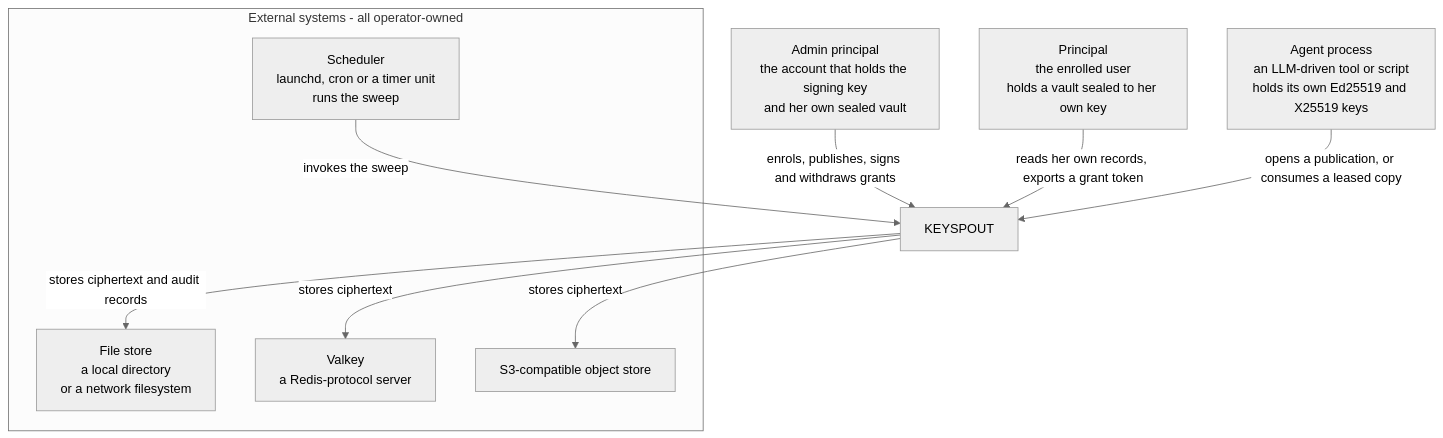
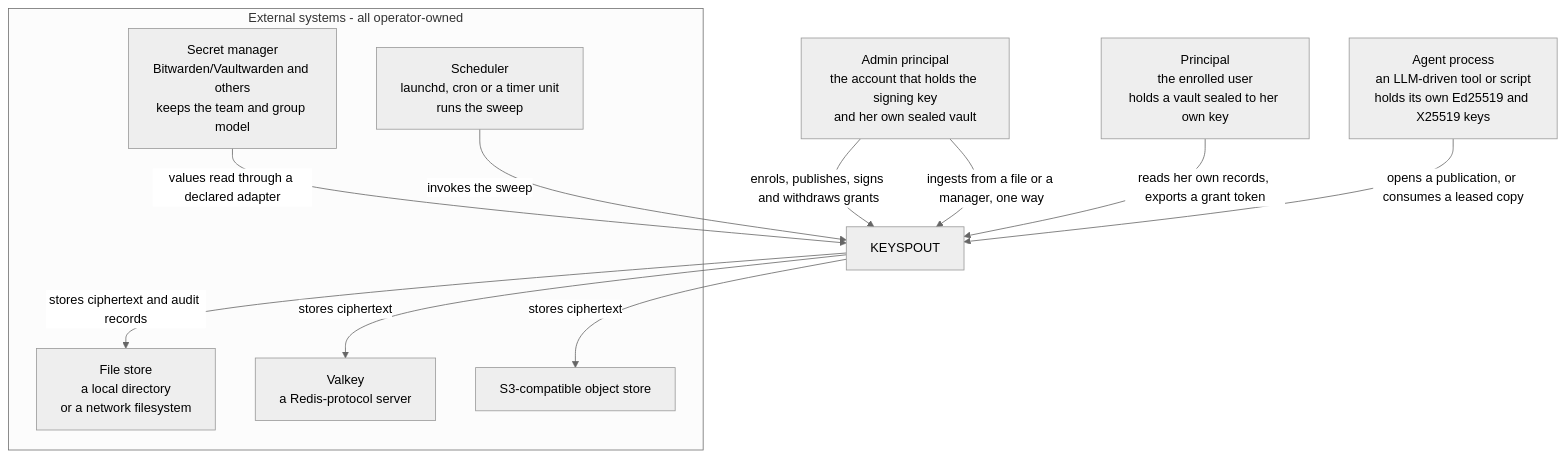
Before and after one commit to bruj0/keyspout: the first of 3 diagrams in site/docs/architecture/overview.md, drawn with Mermaid (neutral theme). The commit also changed other lines of this file and 68 other files, not shown here.

````diff
--- a/site/docs/architecture/overview.md
+++ b/site/docs/architecture/overview.md
@@ -18,22 +18,25 @@
 ```mermaid
 flowchart TD
   Admin["Admin principal<br/>the account that holds the signing key<br/>and her own sealed vault"]
   User["Principal<br/>the enrolled user<br/>holds a vault sealed to her own key"]
   Agent["Agent process<br/>an LLM-driven tool or script<br/>holds its own Ed25519 and X25519 keys"]
 
   subgraph External["External systems - all operator-owned"]
     FS["File store<br/>a local directory<br/>or a network filesystem"]
     VK["Valkey<br/>a Redis-protocol server"]
     S3["S3-compatible object store"]
     SCHED["Scheduler<br/>launchd, cron or a timer unit<br/>runs the sweep"]
+    MGR["Secret manager<br/>Bitwarden/Vaultwarden and others<br/>keeps the team and group model"]
   end
 
   Admin -->|"enrols, publishes, signs and withdraws grants"| KEYSPOUT
+  Admin -->|"ingests from a file or a manager, one way"| KEYSPOUT
+  MGR -->|"values read through a declared adapter"| KEYSPOUT
   User -->|"reads her own records, exports a grant token"| KEYSPOUT
   Agent -->|"opens a publication, or consumes a leased copy"| KEYSPOUT
 
   KEYSPOUT -->|"stores ciphertext and audit records"| FS
   KEYSPOUT -->|"stores ciphertext"| VK
   KEYSPOUT -->|"stores ciphertext"| S3
   SCHED -->|"invokes the sweep"| KEYSPOUT
 ```
````
